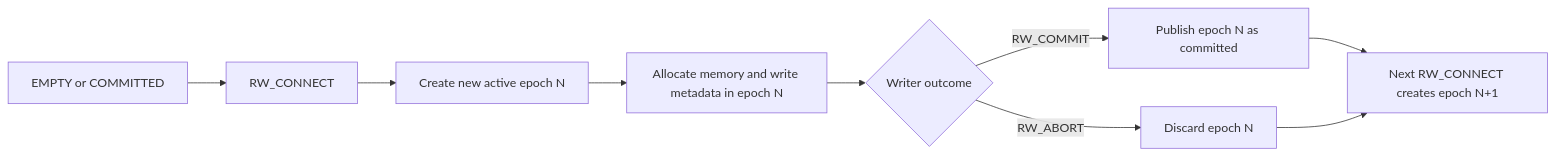
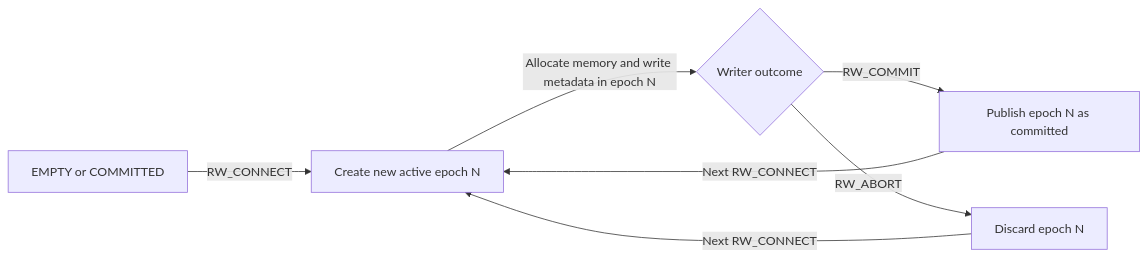
The third of 7 diagrams in lib/gpu_memory_service/README.md (ai-dynamo/dynamo), drawn with Mermaid before and after one commit.

Commit message:
gms: tighten epoch flowchart labels

````diff
--- a/lib/gpu_memory_service/README.md
+++ b/lib/gpu_memory_service/README.md
@@ -182,11 +182,9 @@
 ```mermaid
 flowchart LR
-    A[EMPTY or COMMITTED] --> B[RW_CONNECT]
-    B --> C[Create new active epoch N]
-    C --> D[Allocate memory and write metadata in epoch N]
-    D --> E{Writer outcome}
-    E -->|RW_COMMIT| F[Publish epoch N as committed]
-    E -->|RW_ABORT| G[Discard epoch N]
-    F --> H[Next RW_CONNECT creates epoch N+1]
-    G --> H
+    A[EMPTY or COMMITTED] -->|RW_CONNECT| B[Create new active epoch N]
+    B -->|Allocate memory and write metadata in epoch N| C{Writer outcome}
+    C -->|RW_COMMIT| D[Publish epoch N as committed]
+    C -->|RW_ABORT| E[Discard epoch N]
+    D -->|Next RW_CONNECT| B
+    E -->|Next RW_CONNECT| B
 ```
````
